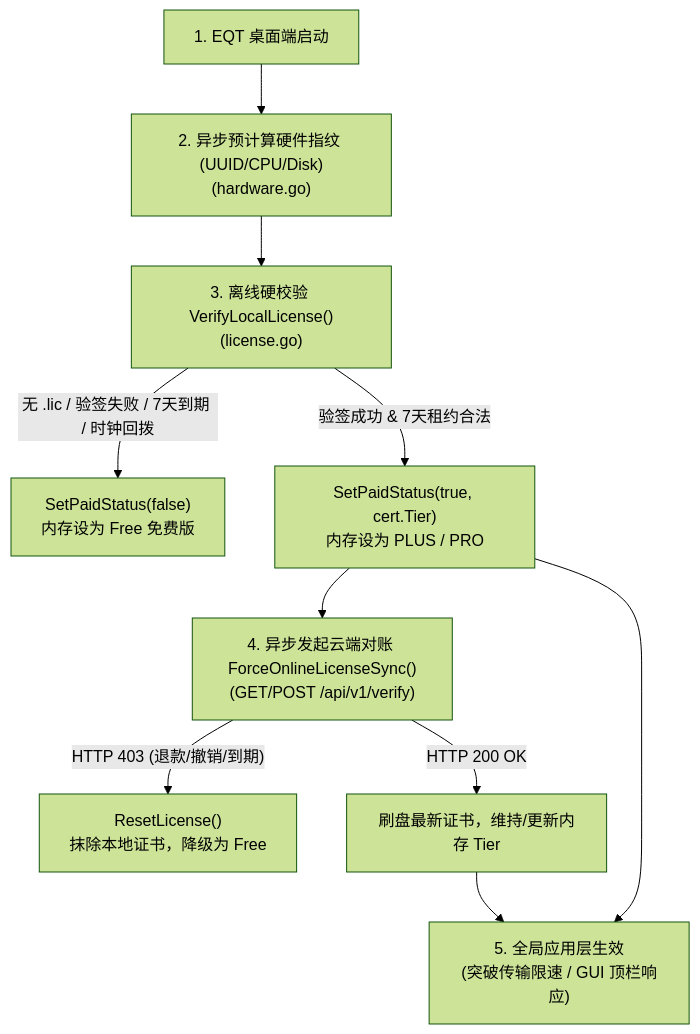
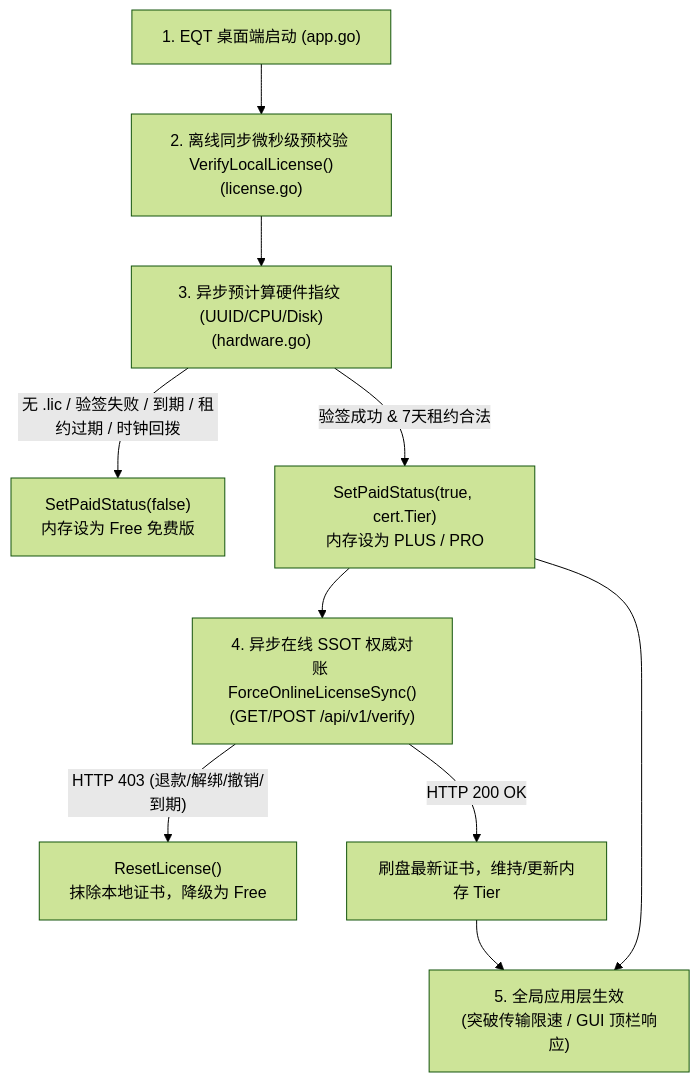
The diagram in docs/running/startup-tier-mechanism.md (forpersuit/eqrcp), drawn with Mermaid (forest theme) before and after one commit. The commit also changed other lines of this file and 3 other files, not shown here.

````diff
--- a/docs/running/startup-tier-mechanism.md
+++ b/docs/running/startup-tier-mechanism.md
@@ -11,15 +11,15 @@
 ```mermaid
 flowchart TD
-    A["1. EQT 桌面端启动"] --> B["2. 异步预计算硬件指纹 (UUID/CPU/Disk)\n(hardware.go)"]
-    B --> C["3. 离线硬校验 VerifyLocalLicense()\n(license.go)"]
+    A["1. EQT 桌面端启动 (app.go)"] --> B["2. 离线同步微秒级预校验 VerifyLocalLicense()\n(license.go)"]
+    B --> C["3. 异步预计算硬件指纹 (UUID/CPU/Disk)\n(hardware.go)"]
     
-    C -- "无 .lic / 验签失败 / 7天到期 / 时钟回拨" --> D["SetPaidStatus(false)\n内存设为 Free 免费版"]
+    C -- "无 .lic / 验签失败 / 到期 / 租约过期 / 时钟回拨" --> D["SetPaidStatus(false)\n内存设为 Free 免费版"]
     C -- "验签成功 & 7天租约合法" --> E["SetPaidStatus(true, cert.Tier)\n内存设为 PLUS / PRO"]
     
-    E --> F["4. 异步发起云端对账 ForceOnlineLicenseSync()\n(GET/POST /api/v1/verify)"]
-    F -- "HTTP 403 (退款/撤销/到期)" --> G["ResetLicense()\n抹除本地证书，降级为 Free"]
+    E --> F["4. 异步在线 SSOT 权威对账 ForceOnlineLicenseSync()\n(GET/POST /api/v1/verify)"]
+    F -- "HTTP 403 (退款/解绑/撤销/到期)" --> G["ResetLicense()\n抹除本地证书，降级为 Free"]
     F -- "HTTP 200 OK" --> H["刷盘最新证书，维持/更新内存 Tier"]
     
     E --> I["5. 全局应用层生效\n(突破传输限速 / GUI 顶栏响应)"]
     H --> I
 ```
````
